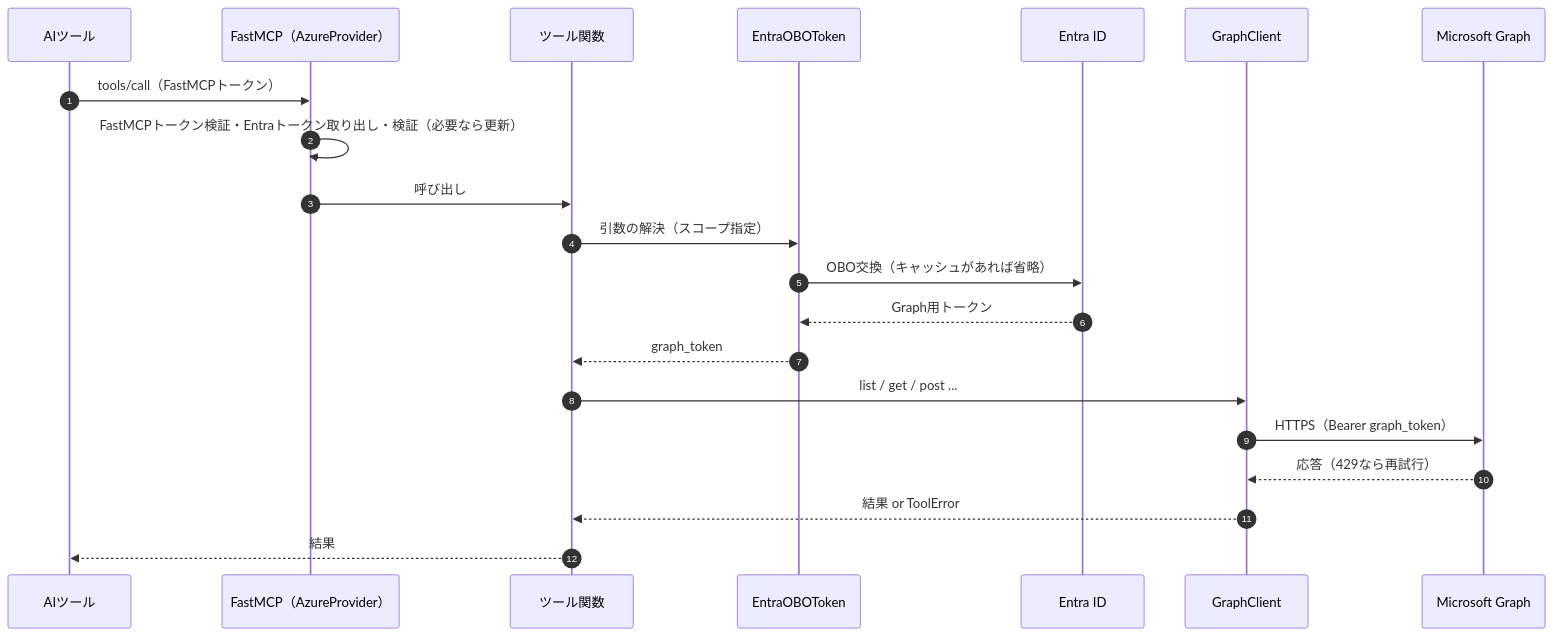
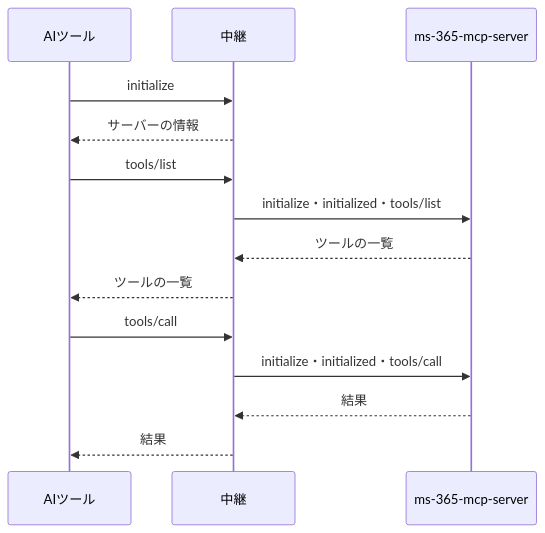
The seventh of 8 diagrams in docs/detail_design.md (notfolder/graph-mcp-gateway), drawn with Mermaid before and after one commit. The commit also changed other lines of this file and 51 other files, not shown here.

First line of the commit message:
docs: ms-365-mcp-server を中継する方針に要件・外部連携の調査・詳細設計を作り直し

````diff
--- a/docs/detail_design.md
+++ b/docs/detail_design.md
@@ -406,25 +471,16 @@
 ```mermaid
 sequenceDiagram
-  autonumber
-  participant CL as AIツール
-  participant FM as FastMCP（AzureProvider）
-  participant TL as ツール関数
-  participant OBO as EntraOBOToken
-  participant EN as Entra ID
-  participant GC as GraphClient
-  participant GR as Microsoft Graph
-
-  CL->>FM: tools/call（FastMCPトークン）
-  FM->>FM: FastMCPトークン検証・Entraトークン取り出し・検証（必要なら更新）
-  FM->>TL: 呼び出し
-  TL->>OBO: 引数の解決（スコープ指定）
-  OBO->>EN: OBO交換（キャッシュがあれば省略）
-  EN-->>OBO: Graph用トークン
-  OBO-->>TL: graph_token
-  TL->>GC: list / get / post ...
-  GC->>GR: HTTPS（Bearer graph_token）
-  GR-->>GC: 応答（429なら再試行）
-  GC-->>TL: 結果 or ToolError
-  TL-->>CL: 結果
-
+  participant AI as AIツール
+  participant RL as 中継
+  participant MS as ms-365-mcp-server
+  AI->>RL: initialize
+  RL-->>AI: サーバーの情報
+  AI->>RL: tools/list
+  RL->>MS: initialize・initialized・tools/list
+  MS-->>RL: ツールの一覧
+  RL-->>AI: ツールの一覧
+  AI->>RL: tools/call
+  RL->>MS: initialize・initialized・tools/call
+  MS-->>RL: 結果
+  RL-->>AI: 結果
 ```
````
